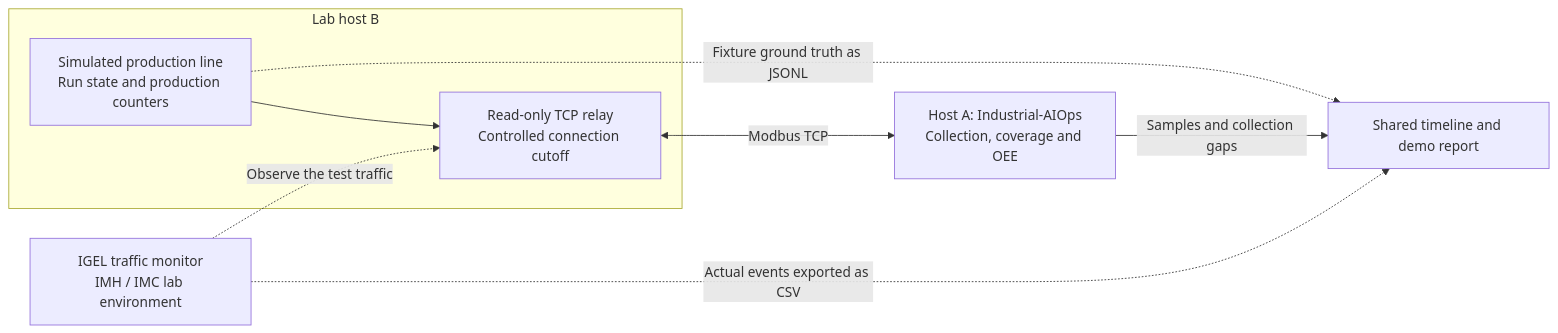
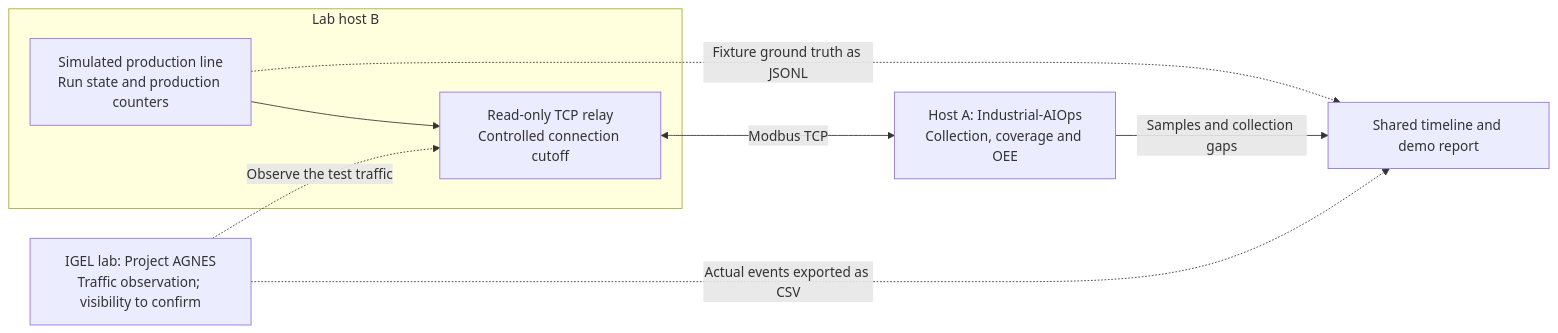
The diagram in deploy/igel/evaluation/README.md (industrial-aiops/industrial-aiops), drawn with Mermaid before and after one commit. The commit also changed other lines of this file and 5 other files, not shown here.

````diff
--- a/deploy/igel/evaluation/README.md
+++ b/deploy/igel/evaluation/README.md
@@ -21,16 +41,16 @@
 ```mermaid
 flowchart LR
     subgraph B["Lab host B"]
         P["Simulated production line<br/>Run state and production counters"]
         R["Read-only TCP relay<br/>Controlled connection cutoff"]
         P --> R
     end
     C["Host A: Industrial-AIOps<br/>Collection, coverage and OEE"]
-    M["IGEL traffic monitor<br/>IMH / IMC lab environment"]
+    M["IGEL lab: Project AGNES<br/>Traffic observation; visibility to confirm"]
     T["Shared timeline and demo report"]
     R <-->|Modbus TCP| C
     M -.->|Observe the test traffic| R
     C -->|Samples and collection gaps| T
     M -.->|Actual events exported as CSV| T
     P -.->|Fixture ground truth as JSONL| T
 ```
````
